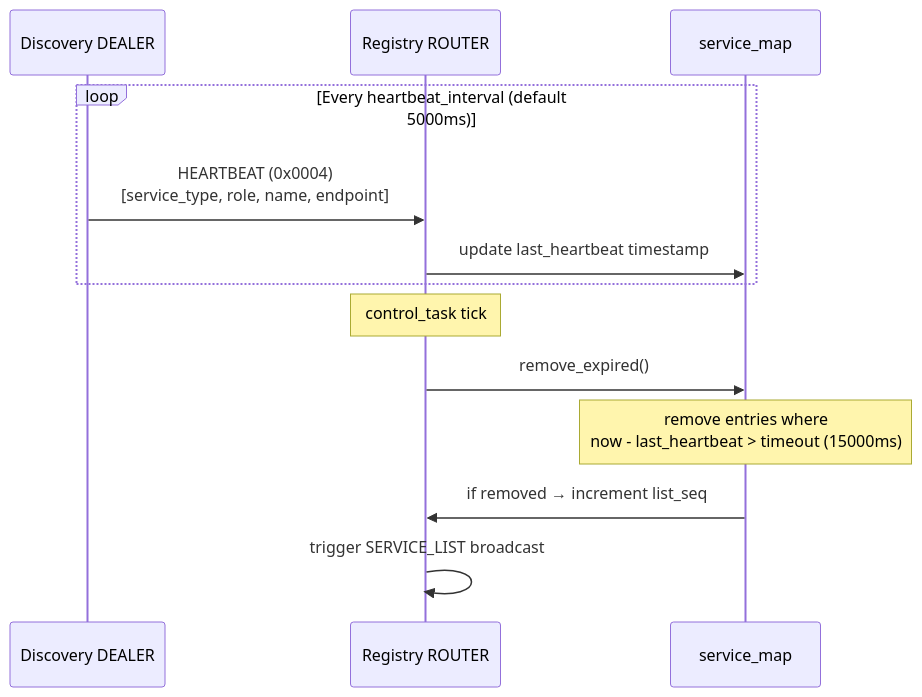
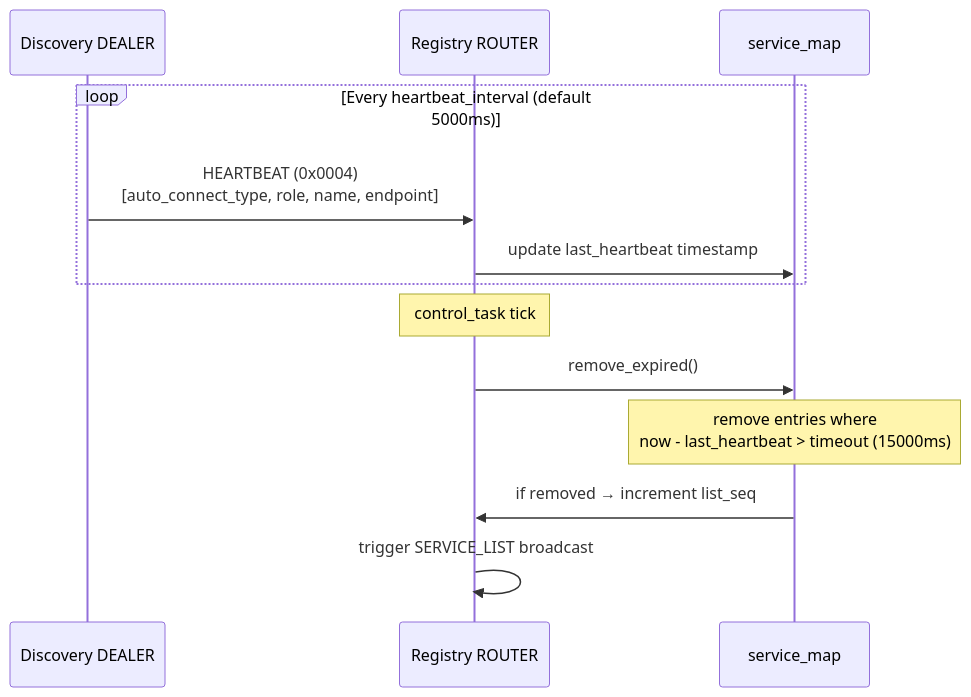
Before and after one commit to kairos-code-dev/zlink: the third of 9 diagrams in doc/internals/registry-internals.md, drawn with Mermaid. The commit also changed other lines of this file and 228 other files, not shown here.

Commit message:
Implement discovery auto-connect channel types

````diff
--- a/doc/internals/registry-internals.md
+++ b/doc/internals/registry-internals.md
@@ -98,17 +98,17 @@
 ```mermaid
 sequenceDiagram
     participant Disc as Discovery DEALER
     participant Router as Registry ROUTER
     participant Store as service_map
 
     loop Every heartbeat_interval (default 5000ms)
-        Disc->>Router: HEARTBEAT (0x0004)<br/>[service_type, role, name, endpoint]
+        Disc->>Router: HEARTBEAT (0x0004)<br/>[auto_connect_type, role, name, endpoint]
         Router->>Store: update last_heartbeat timestamp
     end
 
     Note over Router: control_task tick
     Router->>Store: remove_expired()
     Note over Store: remove entries where<br/>now - last_heartbeat > timeout (15000ms)
     Store->>Router: if removed → increment list_seq
     Router->>Router: trigger SERVICE_LIST broadcast
 ```
````
